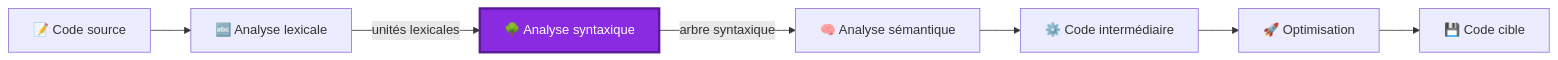
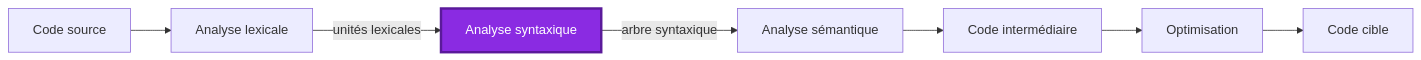
The first of 7 diagrams in README.md (Youssef-YBM/T5-COMPILATION-Syntaxique), drawn with Mermaid before and after one commit. The commit also changed other lines of this file, not shown here.

````diff
--- a/README.md
+++ b/README.md
@@ -163,10 +163,10 @@
 ```mermaid
 flowchart LR
-    A[📝 Code source] --> B[🔤 Analyse lexicale]
-    B -- unités lexicales --> C[🌳 Analyse syntaxique]
-    C -- arbre syntaxique --> D[🧠 Analyse sémantique]
-    D --> E[⚙️ Code intermédiaire]
-    E --> F[🚀 Optimisation]
-    F --> G[💾 Code cible]
+    A[ Code source] --> B[ Analyse lexicale]
+    B -- unités lexicales --> C[ Analyse syntaxique]
+    C -- arbre syntaxique --> D[ Analyse sémantique]
+    D --> E[ Code intermédiaire]
+    E --> F[ Optimisation]
+    F --> G[ Code cible]
     style C fill:#8A2BE2,color:#fff,stroke:#5a1a9a,stroke-width:3px
 ```
````
